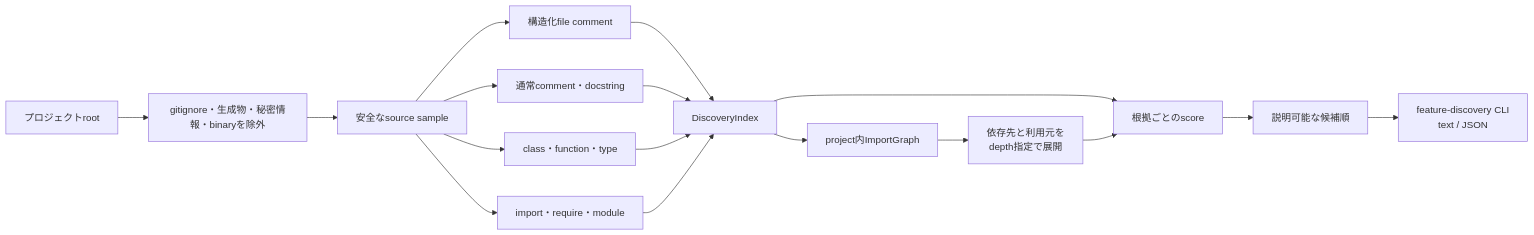
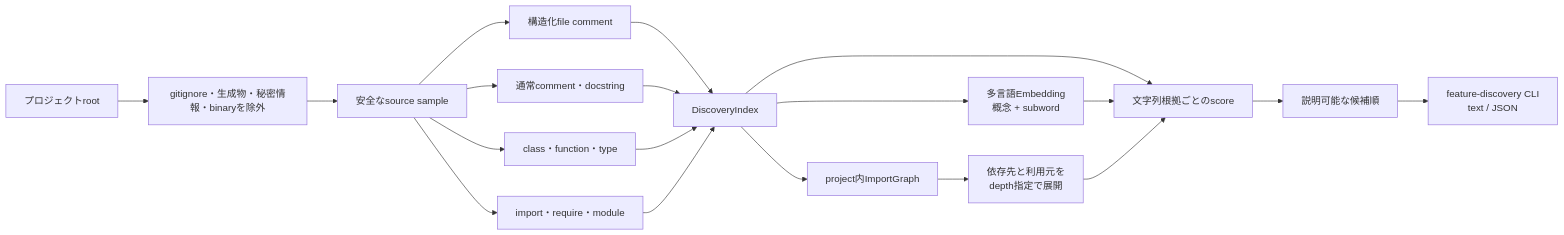
The first of 3 diagrams in docs/local-discovery.md (matsutanishimpei/make-summary), drawn with Mermaid before and after one commit. The commit also changed other lines of this file and 13 other files, not shown here.

````diff
--- a/docs/local-discovery.md
+++ b/docs/local-discovery.md
@@ -9,19 +9,21 @@
 ```mermaid
 flowchart LR
     Root["プロジェクトroot"] --> Safe["gitignore・生成物・秘密情報・binaryを除外"]
     Safe --> Sample["安全なsource sample"]
     Sample --> Structured["構造化file comment"]
     Sample --> Comments["通常comment・docstring"]
     Sample --> Symbols["class・function・type"]
     Sample --> Imports["import・require・module"]
     Structured --> Index["DiscoveryIndex"]
     Comments --> Index
     Symbols --> Index
     Imports --> Index
     Index --> Graph["project内ImportGraph"]
     Graph --> Dependencies["依存先と利用元を<br/>depth指定で展開"]
-    Index --> Rank["根拠ごとのscore"]
+    Index --> Embed["多言語Embedding<br/>概念 + subword"]
+    Index --> Rank["文字列根拠ごとのscore"]
+    Embed --> Rank
     Dependencies --> Rank
     Rank --> Candidates["説明可能な候補順"]
     Candidates --> CLI["feature-discovery CLI<br/>text / JSON"]
 ```
````
